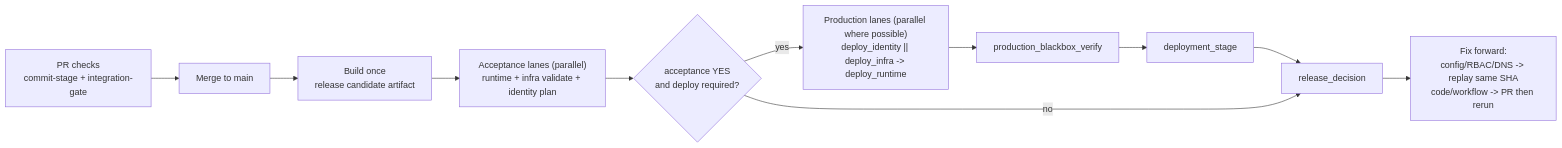
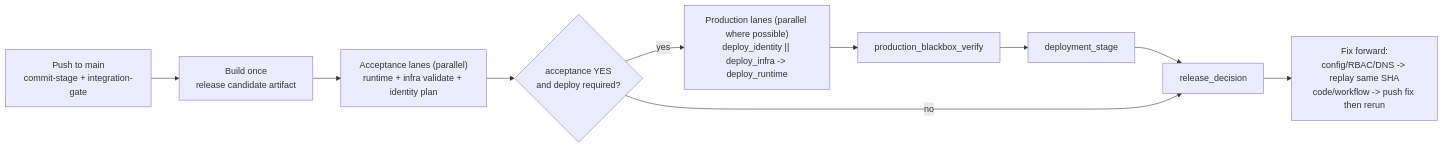
One commit to glcsolutions-ca/compass changed the diagram in docs/runbooks/cloud-deployment-pipeline-setup.md. Above: the diagram before and after it, drawn with Mermaid. The commit also changed other lines of this file and 39 other files, not shown here.

````diff
--- a/docs/runbooks/cloud-deployment-pipeline-setup.md
+++ b/docs/runbooks/cloud-deployment-pipeline-setup.md
@@ -7,13 +7,12 @@
 ```mermaid
 flowchart LR
-  A["PR checks\ncommit-stage + integration-gate"] --> B["Merge to main"]
-  B --> C["Build once\nrelease candidate artifact"]
-  C --> D["Acceptance lanes (parallel)\nruntime + infra validate + identity plan"]
+  A["Push to main\ncommit-stage + integration-gate"] --> B["Build once\nrelease candidate artifact"]
+  B --> D["Acceptance lanes (parallel)\nruntime + infra validate + identity plan"]
   D --> E{"acceptance YES\nand deploy required?"}
   E -- yes --> F["Production lanes (parallel where possible)\ndeploy_identity || deploy_infra -> deploy_runtime"]
   F --> G["production_blackbox_verify"]
   G --> H["deployment_stage"]
   H --> I["release_decision"]
   E -- no --> I
-  I --> J["Fix forward:\nconfig/RBAC/DNS -> replay same SHA\ncode/workflow -> PR then rerun"]
+  I --> J["Fix forward:\nconfig/RBAC/DNS -> replay same SHA\ncode/workflow -> push fix then rerun"]
 ```
````
